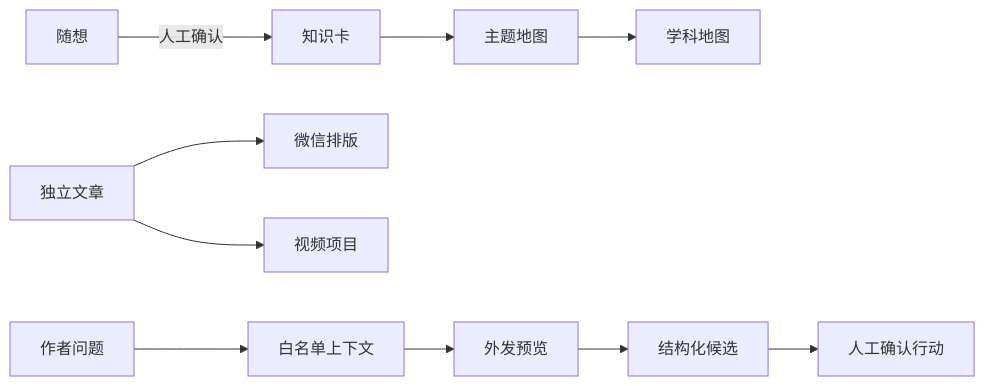
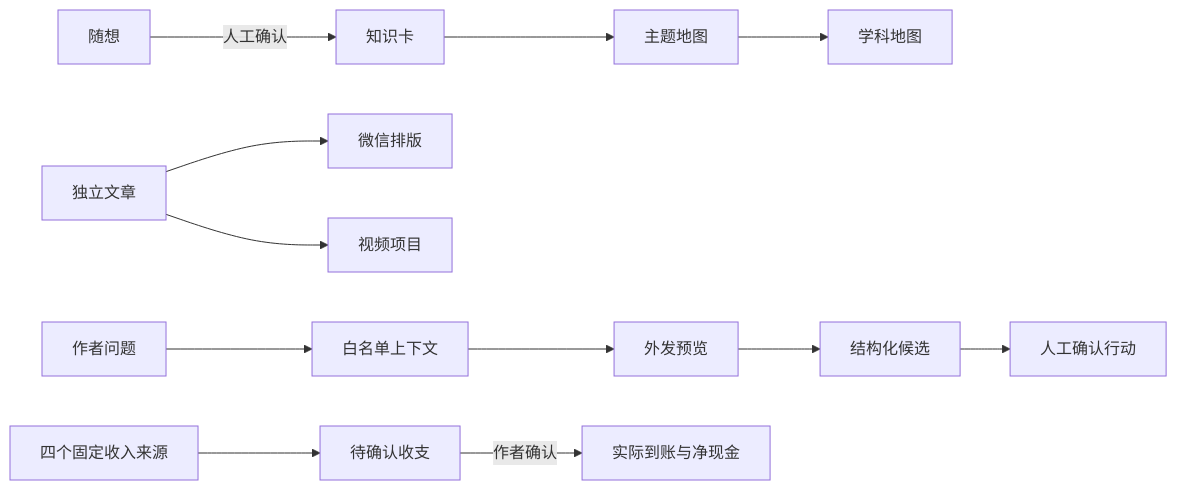
One commit to lemon-neko/personal-creative-workspace changed the second of 2 diagrams in docs/architecture/README.md. Above: the diagram before and after it, drawn with Mermaid. The commit also changed other lines of this file and 107 other files, not shown here.

````diff
--- a/docs/architecture/README.md
+++ b/docs/architecture/README.md
@@ -53,12 +54,14 @@
 ```mermaid
 flowchart LR
     I["随想"] -->|"人工确认"| K["知识卡"]
     K --> T["主题地图"]
     T --> S["学科地图"]
     A["独立文章"] --> WX["微信排版"]
     A --> V["视频项目"]
     Q["作者问题"] --> C["白名单上下文"]
     C --> P["外发预览"]
     P --> R["结构化候选"]
     R --> H["人工确认行动"]
+    SO["四个固定收入来源"] --> LE["待确认收支"]
+    LE -->|"作者确认"| PA["实际到账与净现金"]
 ```
````
